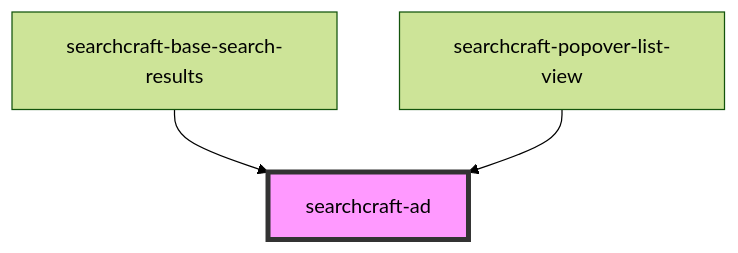
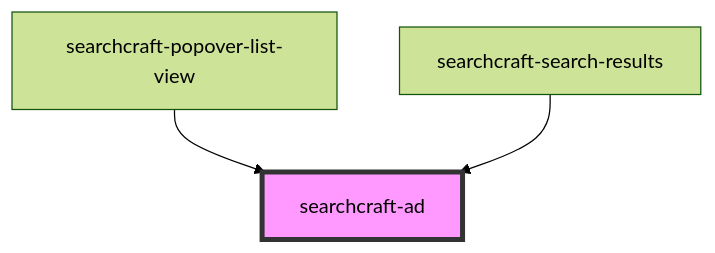
Before and after one commit to searchcraft-inc/searchcraft-javascript-sdks: the diagram in packages/javascript-sdk/src/components/searchcraft-ad/readme.md, drawn with Mermaid (forest theme). The commit also changed other lines of this file and 174 other files, not shown here.

Commit message:
re SC-1037 SC-1106 SC-1109- Template strategy for base search result, rename serchcraft-base-search-result(s) to searchcraft-search-result(s), and storybook clean up

````diff
--- a/packages/javascript-sdk/src/components/searchcraft-ad/readme.md
+++ b/packages/javascript-sdk/src/components/searchcraft-ad/readme.md
@@ -29,6 +29,6 @@
 ```mermaid
 graph TD;
-  searchcraft-base-search-results --> searchcraft-ad
   searchcraft-popover-list-view --> searchcraft-ad
+  searchcraft-search-results --> searchcraft-ad
   style searchcraft-ad fill:#f9f,stroke:#333,stroke-width:4px
 ```
````
